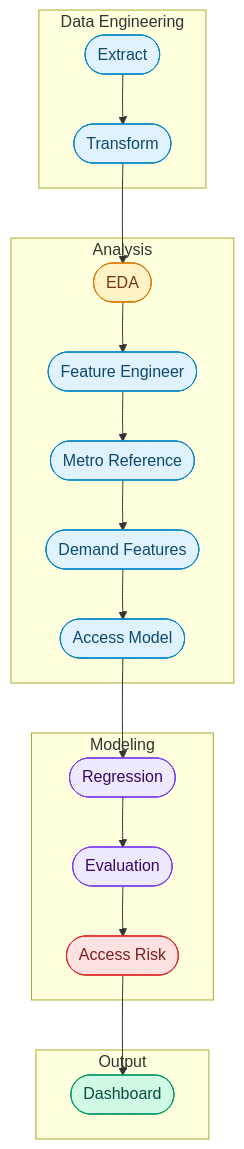
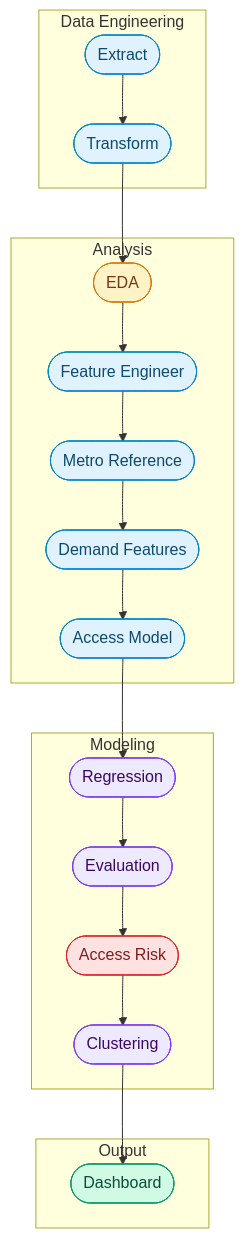
Before and after one commit to kennethyeaher/inst737-final-project-kenneth-yeaher: the diagram in README.md, drawn with Mermaid. The commit also changed other lines of this file and 3 other files, not shown here.

````diff
--- a/README.md
+++ b/README.md
@@ -157,39 +160,40 @@
 ```mermaid
 flowchart TD
     subgraph ETL ["Data Engineering"]
         A([Extract]) --> B([Transform])
     end
 
     subgraph ANALYSIS ["Analysis"]
         C([EDA]) --> D([Feature Engineer])
         D --> E([Metro Reference])
         E --> L([Demand Features])
         L --> F([Access Model])
     end
 
     subgraph MODELING ["Modeling"]
         G([Regression]) --> H([Evaluation])
         H --> I([Access Risk])
+        I --> J([Clustering])
     end
 
     subgraph OUTPUT ["Output"]
         K([Dashboard])
     end
 
     B --> C
     F --> G
-    I --> K
+    J --> K
 
     classDef etl fill:#e0f2fe,stroke:#0284c7,color:#0c4a6e
     classDef eda fill:#fef3c7,stroke:#d97706,color:#78350f
     classDef model fill:#ede9fe,stroke:#7c3aed,color:#3b0764
     classDef risk fill:#fee2e2,stroke:#dc2626,color:#7f1d1d
     classDef dash fill:#d1fae5,stroke:#059669,color:#064e3b
 
     class A,B etl
     class C eda
     class D,E,L,F etl
-    class G,H model
+    class G,H,J model
     class I risk
     class K dash
 ```
````
